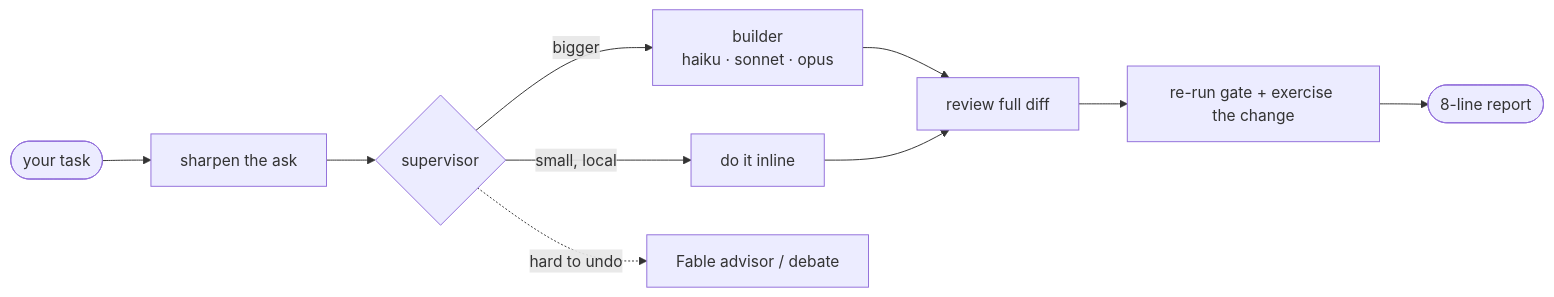
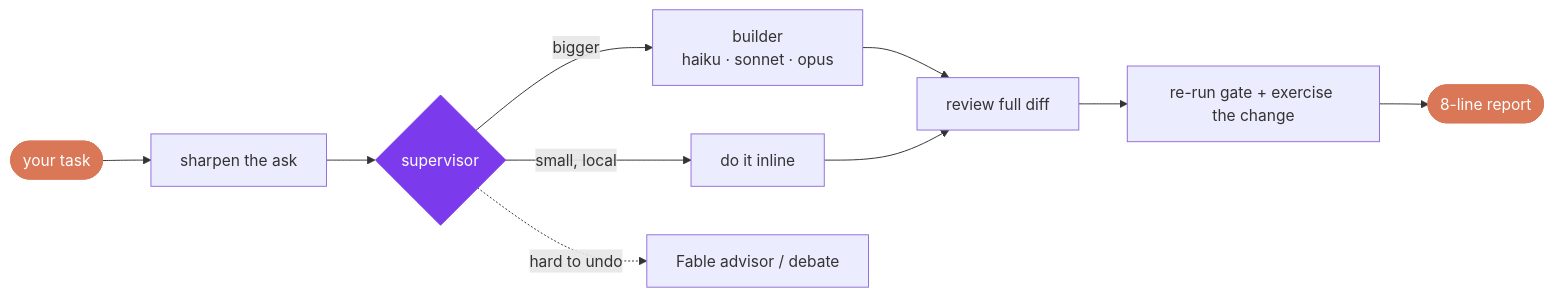
Before and after one commit to mefayed/boss-skill: the diagram in README.md, drawn with Mermaid. The commit also changed other lines of this file and 1 other file, not shown here.

````diff
--- a/README.md
+++ b/README.md
@@ -148,11 +147,15 @@
 ```mermaid
 flowchart LR
     T([your task]) --> P[sharpen the ask] --> S{supervisor}
     S -- "small, local" --> I[do it inline]
     S -- "bigger" --> B["builder<br/>haiku · sonnet · opus"]
     S -. "hard to undo" .-> A[Fable advisor / debate]
     B --> R[review full diff]
     I --> R
     R --> V[re-run gate + exercise the change]
     V --> D([8-line report])
+    classDef sup fill:#7C3AED,stroke:#7C3AED,color:#fff
+    classDef io fill:#D97757,stroke:#D97757,color:#fff
+    class S sup
+    class T,D io
 ```
````
